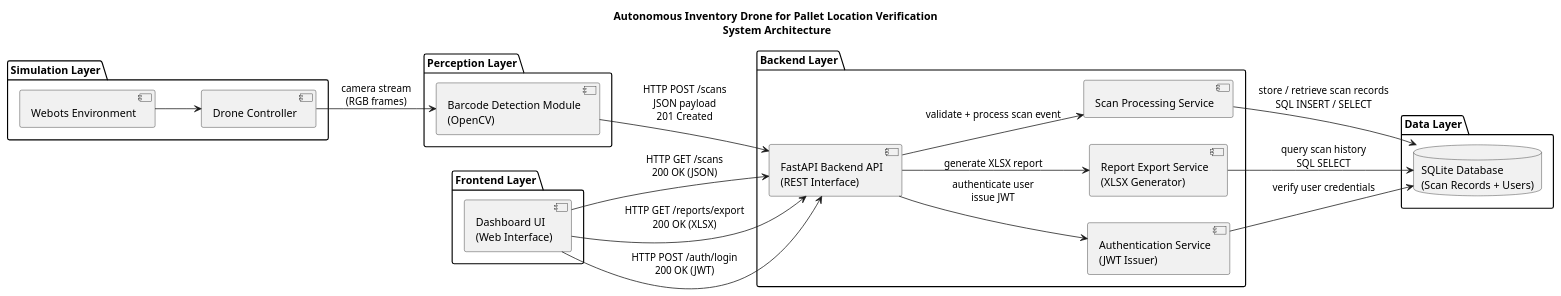
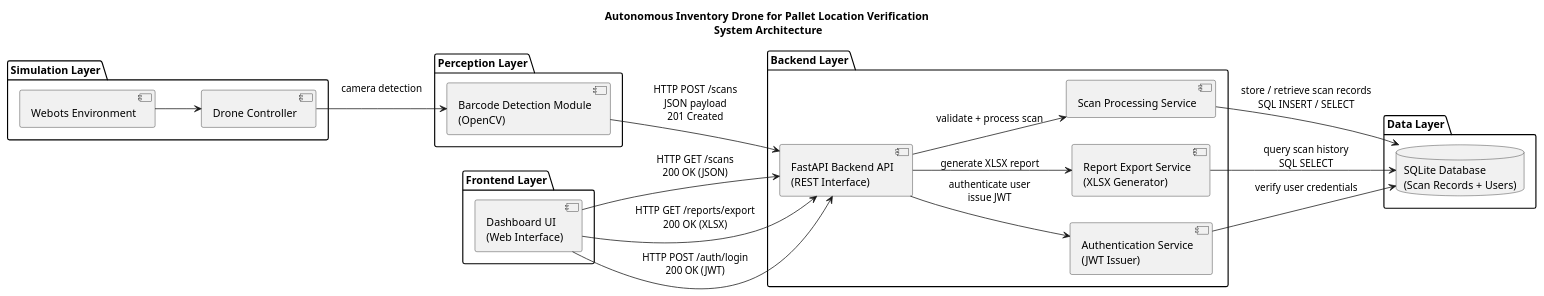
One commit to suchithgali/webots-sim changed the diagram in docs/architecture/component_diagram.puml. Above: the diagram before and after it, drawn with PlantUML.

Commit message:
docs: update system architecture diagram

```diff
--- a/docs/architecture/component_diagram.puml
+++ b/docs/architecture/component_diagram.puml
@@ -1,52 +1,52 @@
 @startuml
 left to right direction
 
 title Autonomous Inventory Drone for Pallet Location Verification\n System Architecture
 
 package "Simulation Layer" {
   component "Webots Environment" as Webots
   component "Drone Controller" as DroneController
 }
 
 package "Perception Layer" {
   component "Barcode Detection Module\n(OpenCV)" as BarcodeCV
 }
 
 package "Frontend Layer" {
   component "Dashboard UI\n(Web Interface)" as Frontend
 }
 
 package "Backend Layer" {
   component "FastAPI Backend API\n(REST Interface)" as API
   component "Scan Processing Service" as ScanService
   component "Report Export Service\n(XLSX Generator)" as ExportService
   component "Authentication Service\n(JWT Issuer)" as AuthService
 }
 
 package "Data Layer" {
   database "SQLite Database\n(Scan Records + Users)" as DB
 }
 
-' Simulation → Perception
+' Simulation layer
 Webots --> DroneController
-DroneController --> BarcodeCV : camera stream\n(RGB frames)
+DroneController --> BarcodeCV : camera detection\n
 
-' Perception → Backend
+' Perception layer
 BarcodeCV --> API : HTTP POST /scans\nJSON payload\n201 Created
 
-' Frontend → Backend
+' Frontend layer
 Frontend --> API : HTTP GET /scans\n200 OK (JSON)
 Frontend --> API : HTTP GET /reports/export\n200 OK (XLSX)
 Frontend --> API : HTTP POST /auth/login\n200 OK (JWT)
 
-' Backend internal services
-API --> ScanService : validate + process scan event
+' Backend layer
+API --> ScanService : validate + process scan
 API --> ExportService : generate XLSX report
 API --> AuthService : authenticate user\nissue JWT
 
-' Database interactions
+' Database layer
 ScanService --> DB : store / retrieve scan records\nSQL INSERT / SELECT
 ExportService --> DB : query scan history\nSQL SELECT
 AuthService --> DB : verify user credentials
 
 @enduml
```
